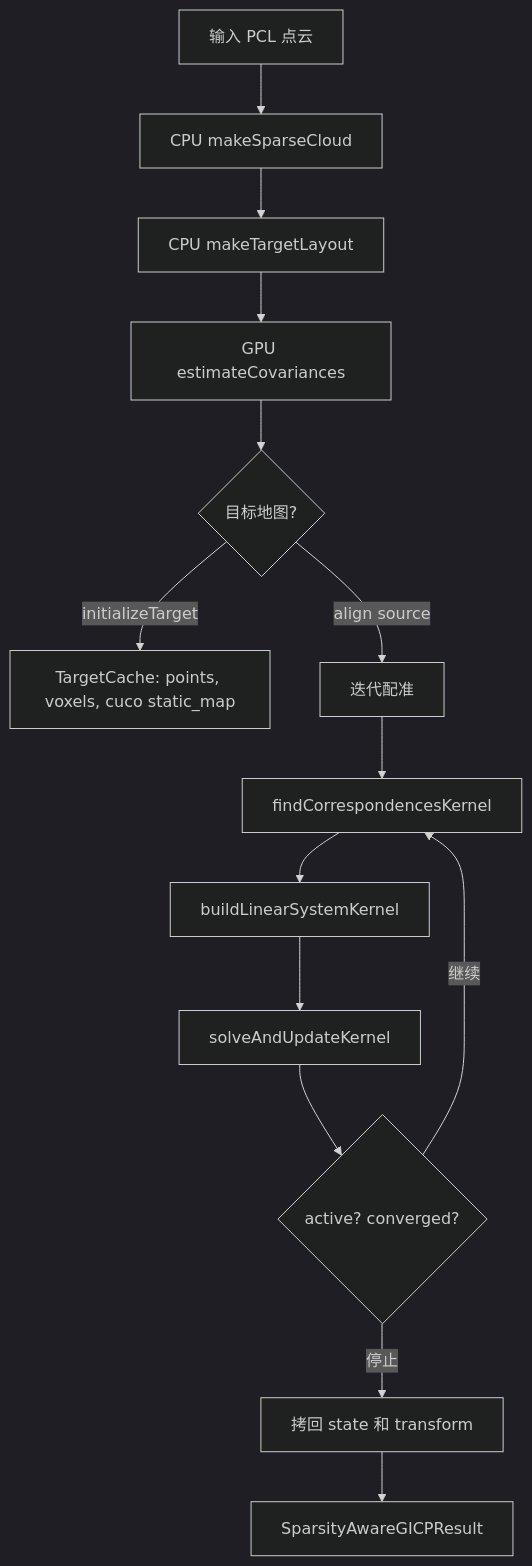
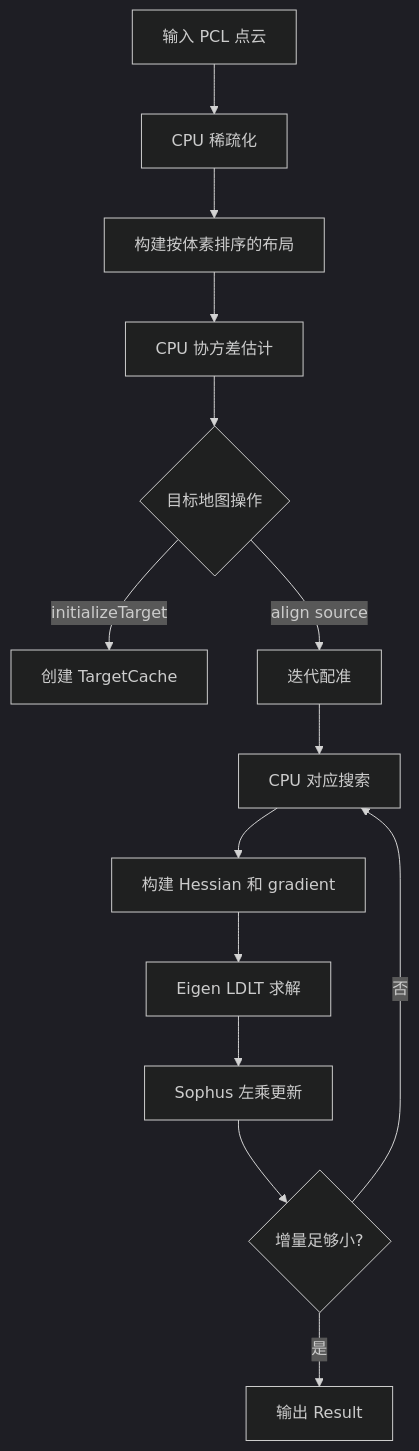
One commit to AventLone/CageStack_IBVS changed the diagram in trailer_localization/packages/perception/docs/SparsityAwareGICP_algorithm.md. Above: the diagram before and after it, drawn with Mermaid (dark theme). The commit also changed other lines of this file and 3 other files, not shown here.

````diff
--- a/trailer_localization/packages/perception/docs/SparsityAwareGICP_algorithm.md
+++ b/trailer_localization/packages/perception/docs/SparsityAwareGICP_algorithm.md
@@ -154,18 +92,16 @@
 ```mermaid
 flowchart TD
-    A[输入 PCL 点云] --> B[CPU makeSparseCloud]
-    B --> C[CPU makeTargetLayout]
-    C --> D[GPU estimateCovariances]
-
-    D --> E{目标地图?}
-    E -->|initializeTarget| F[TargetCache: points, voxels, cuco static_map]
+    A[输入 PCL 点云] --> B[CPU 稀疏化]
+    B --> C[构建按体素排序的布局]
+    C --> D[CPU 协方差估计]
+    D --> E{目标地图操作}
+    E -->|initializeTarget| F[创建 TargetCache]
     E -->|align source| G[迭代配准]
-
-    G --> H[findCorrespondencesKernel]
-    H --> I[buildLinearSystemKernel]
-    I --> J[solveAndUpdateKernel]
-    J --> K{active? converged?}
-    K -->|继续| H
-    K -->|停止| L[拷回 state 和 transform]
-    L --> M[SparsityAwareGICPResult]
+    G --> H[CPU 对应搜索]
+    H --> I[构建 Hessian 和 gradient]
+    I --> J[Eigen LDLT 求解]
+    J --> K[Sophus 左乘更新]
+    K --> L{增量足够小?}
+    L -->|否| H
+    L -->|是| M[输出 Result]
 ```
````
